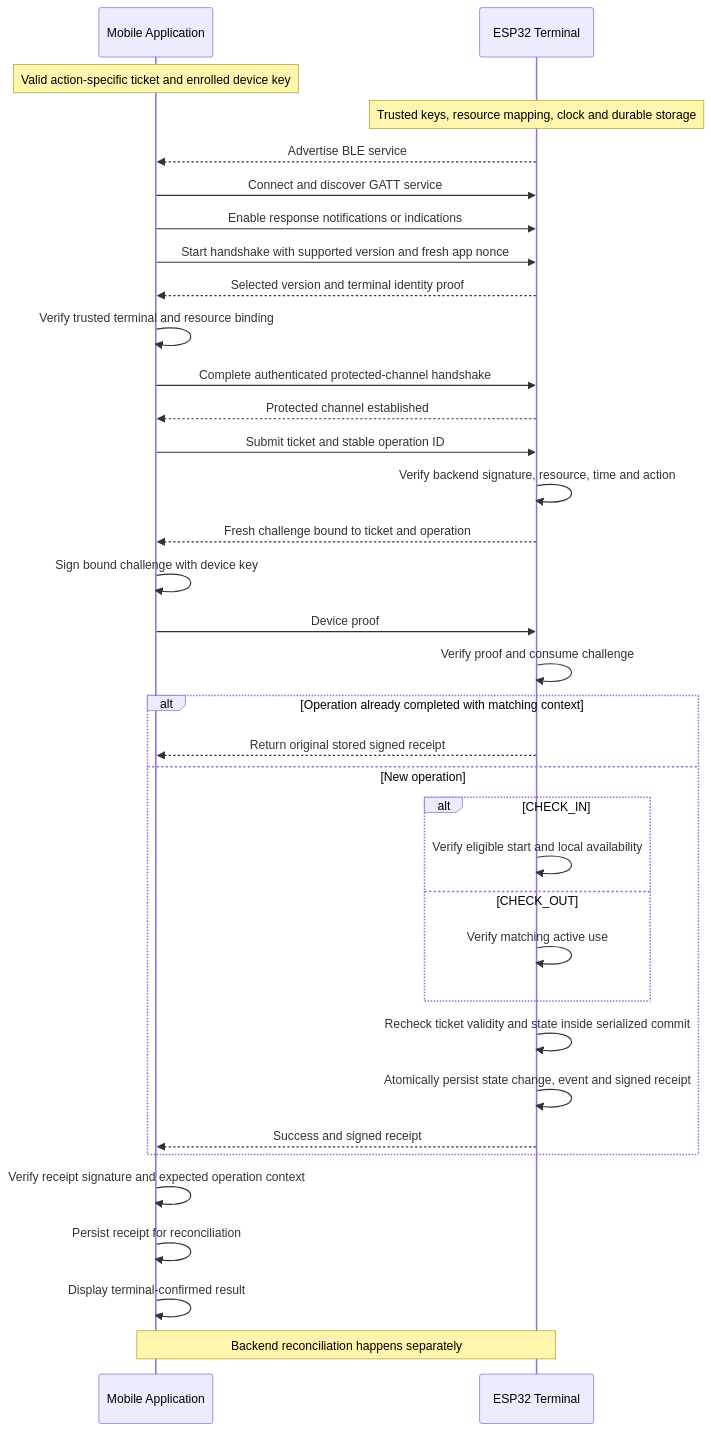
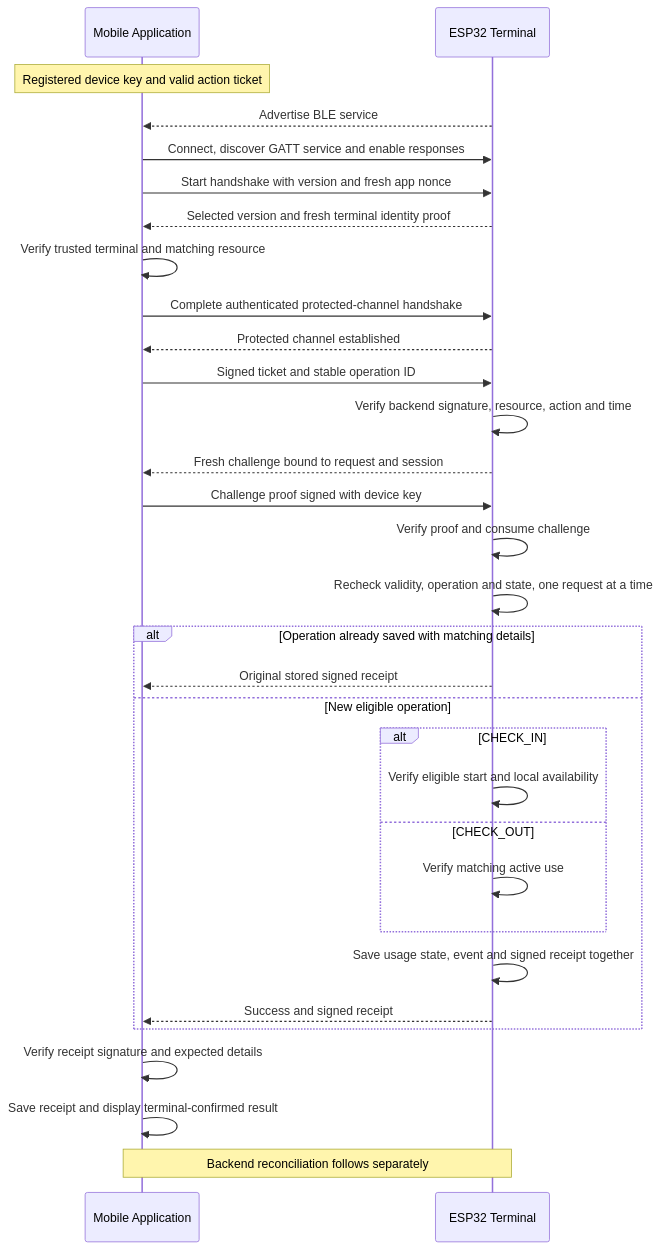
One commit to thomas-sartini/ble-booking-system changed the first of 3 diagrams in docs/ble-communication-flow.md. Above: the diagram before and after it, drawn with Mermaid. The commit also changed other lines of this file, not shown here.

First line of the commit message:
docs(ble): refine communication flow and simplify language

````diff
--- a/docs/ble-communication-flow.md
+++ b/docs/ble-communication-flow.md
@@ -42,37 +40,33 @@
 ```mermaid
 sequenceDiagram
     participant App as Mobile Application
     participant T as ESP32 Terminal
-    Note over App: Valid action-specific ticket and enrolled device key
-    Note over T: Trusted keys, resource mapping, clock and durable storage
+    Note over App: Registered device key and valid action ticket
     T-->>App: Advertise BLE service
-    App->>T: Connect and discover GATT service
-    App->>T: Enable response notifications or indications
-    App->>T: Start handshake with supported version and fresh app nonce
-    T-->>App: Selected version and terminal identity proof
-    App->>App: Verify trusted terminal and resource binding
+    App->>T: Connect, discover GATT service and enable responses
+    App->>T: Start handshake with version and fresh app nonce
+    T-->>App: Selected version and fresh terminal identity proof
+    App->>App: Verify trusted terminal and matching resource
     App->>T: Complete authenticated protected-channel handshake
     T-->>App: Protected channel established
-    App->>T: Submit ticket and stable operation ID
-    T->>T: Verify backend signature, resource, time and action
-    T-->>App: Fresh challenge bound to ticket and operation
-    App->>App: Sign bound challenge with device key
-    App->>T: Device proof
+    App->>T: Signed ticket and stable operation ID
+    T->>T: Verify backend signature, resource, action and time
+    T-->>App: Fresh challenge bound to request and session
+    App->>T: Challenge proof signed with device key
     T->>T: Verify proof and consume challenge
-    alt Operation already completed with matching context
-        T-->>App: Return original stored signed receipt
-    else New operation
+    T->>T: Recheck validity, operation and state, one request at a time
+    alt Operation already saved with matching details
+        T-->>App: Original stored signed receipt
+    else New eligible operation
         alt CHECK_IN
             T->>T: Verify eligible start and local availability
         else CHECK_OUT
             T->>T: Verify matching active use
         end
-        T->>T: Recheck ticket validity and state inside serialized commit
-        T->>T: Atomically persist state change, event and signed receipt
+        T->>T: Save usage state, event and signed receipt together
         T-->>App: Success and signed receipt
     end
-    App->>App: Verify receipt signature and expected operation context
-    App->>App: Persist receipt for reconciliation
-    App->>App: Display terminal-confirmed result
-    Note over App,T: Backend reconciliation happens separately
+    App->>App: Verify receipt signature and expected details
+    App->>App: Save receipt and display terminal-confirmed result
+    Note over App,T: Backend reconciliation follows separately
 ```
````
